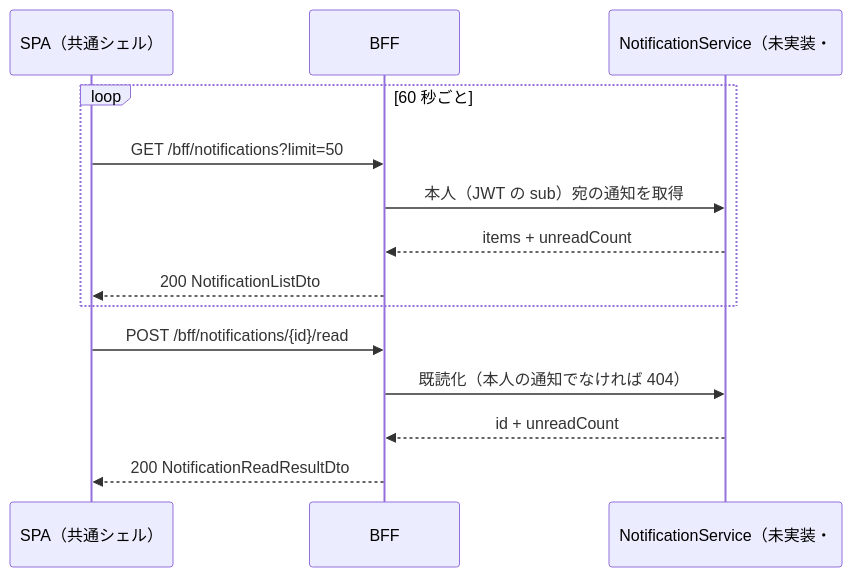
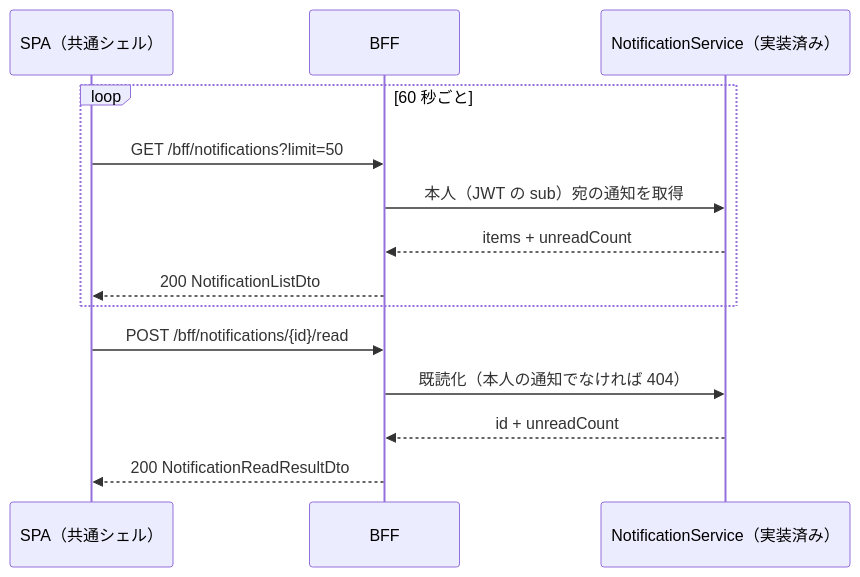
The diagram in docs/api/BFF_notifications.md (endazon/microservices-platform), drawn with Mermaid before and after one commit. The commit also changed other lines of this file and 46 other files, not shown here.

````diff
--- a/docs/api/BFF_notifications.md
+++ b/docs/api/BFF_notifications.md
@@ -118,16 +120,16 @@
 ```mermaid
 sequenceDiagram
   participant S as SPA（共通シェル）
   participant B as BFF
-  participant N as NotificationService（未実装・#600）
+  participant N as NotificationService（実装済み）
   loop 60 秒ごと
     S->>B: GET /bff/notifications?limit=50
     B->>N: 本人（JWT の sub）宛の通知を取得
     N-->>B: items + unreadCount
     B-->>S: 200 NotificationListDto
   end
   S->>B: POST /bff/notifications/{id}/read
   B->>N: 既読化（本人の通知でなければ 404）
   N-->>B: id + unreadCount
   B-->>S: 200 NotificationReadResultDto
 ```
````
